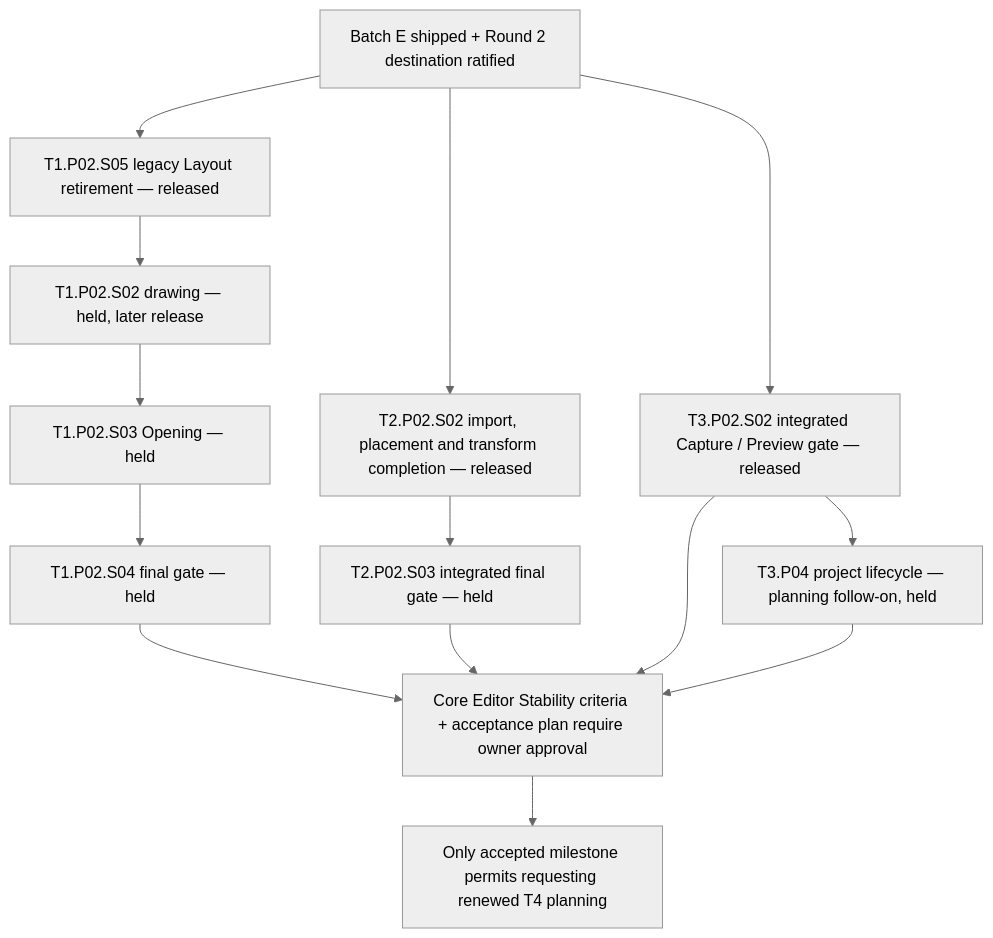
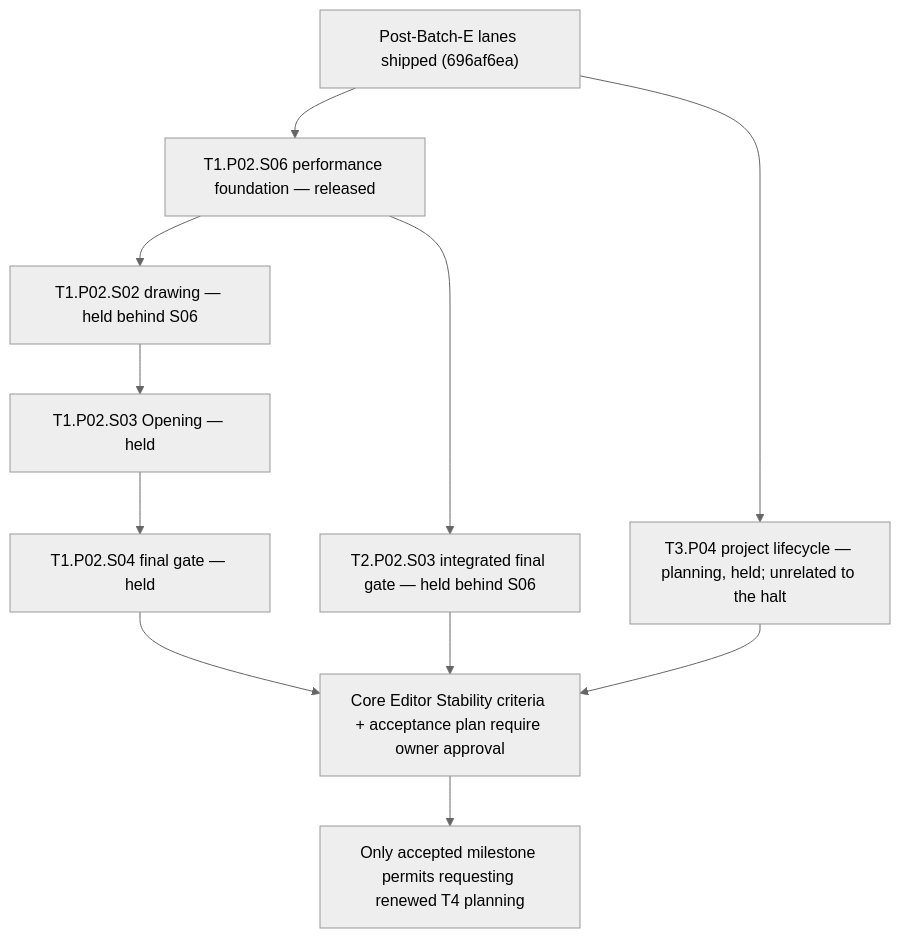
One commit to Biskiq/spatial-sketch-editor changed the diagram in docs/roadmap/cross-track-execution.md. Above: the diagram before and after it, drawn with Mermaid (neutral theme). The commit also changed other lines of this file and 17 other files, not shown here.

First line of the commit message:
docs(t1): register and release T1.P02.S06 performance foundation

````diff
--- a/docs/roadmap/cross-track-execution.md
+++ b/docs/roadmap/cross-track-execution.md
@@ -70,17 +72,14 @@
 ```mermaid
 flowchart TD
-  E["Batch E shipped + Round 2 destination ratified"]
-  E --> R["T1.P02.S05 legacy Layout retirement — released"]
-  E --> I["T2.P02.S02 import, placement and transform completion — released"]
-  E --> P["T3.P02.S02 integrated Capture / Preview gate — released"]
-  R --> D["T1.P02.S02 drawing — held, later release"]
+  B["Post-Batch-E lanes shipped (696af6ea)"]
+  B --> P["T1.P02.S06 performance foundation — released"]
+  P --> D["T1.P02.S02 drawing — held behind S06"]
   D --> O["T1.P02.S03 Opening — held"]
   O --> F["T1.P02.S04 final gate — held"]
-  I --> IF["T2.P02.S03 integrated final gate — held"]
-  P --> C["T3.P04 project lifecycle — planning follow-on, held"]
+  P --> IF["T2.P02.S03 integrated final gate — held behind S06"]
+  B --> C["T3.P04 project lifecycle — planning, held; unrelated to the halt"]
   F --> CES["Core Editor Stability criteria + acceptance plan require owner approval"]
   IF --> CES
-  P --> CES
   C --> CES
   CES --> T4["Only accepted milestone permits requesting renewed T4 planning"]
 ```
````
